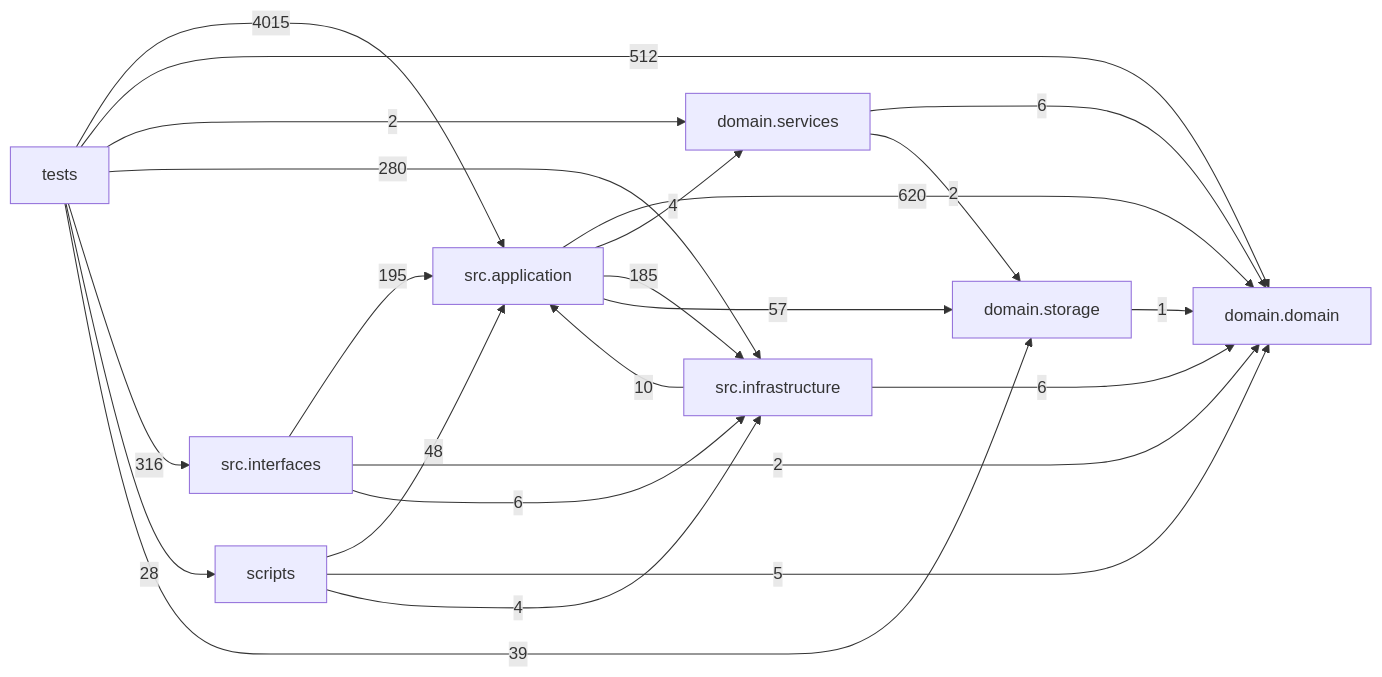
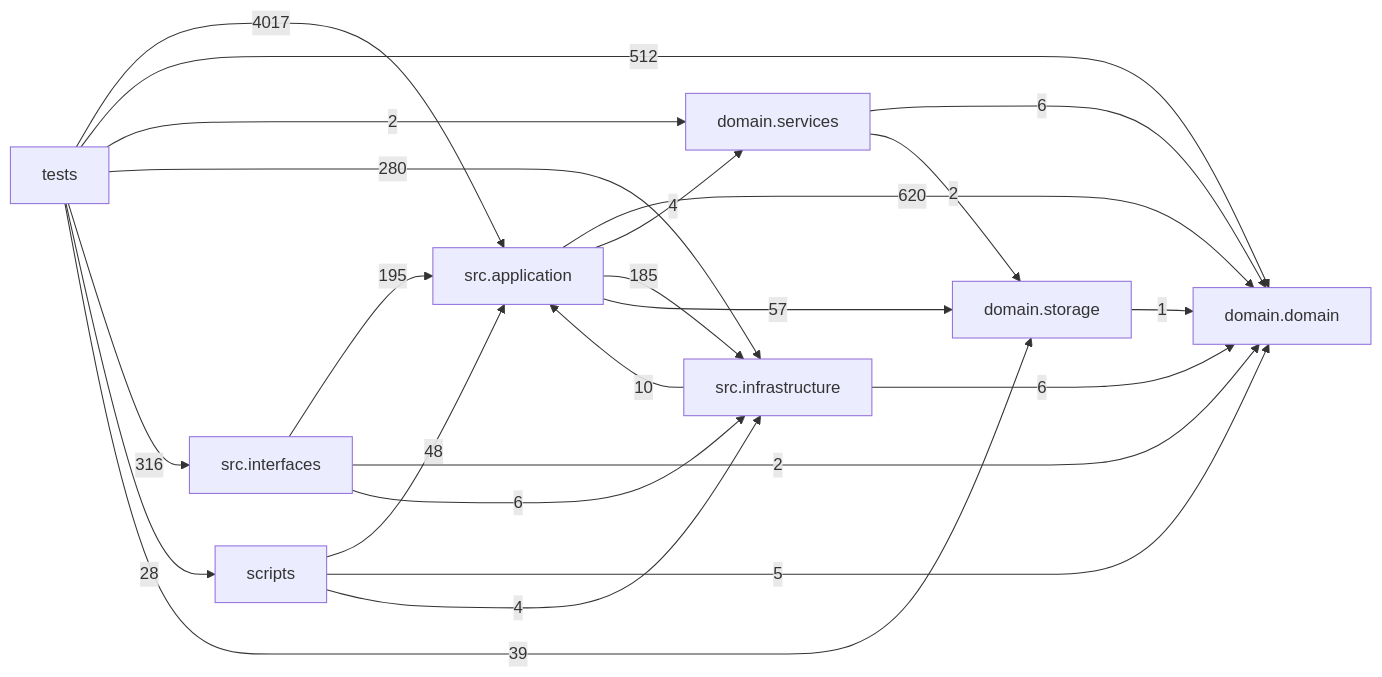
Before and after one commit to liuxie066/options-monitor: the diagram in docs/DEPENDENCY_GRAPH.md, drawn with Mermaid. The commit also changed other lines of this file and 6 other files, not shown here.

````diff
--- a/docs/DEPENDENCY_GRAPH.md
+++ b/docs/DEPENDENCY_GRAPH.md
@@ -24,33 +24,33 @@
 ```mermaid
 flowchart LR
   tests["tests"]
   scripts["scripts"]
   interfaces["src.interfaces"]
   application["src.application"]
   infrastructure["src.infrastructure"]
   domain_services["domain.services"]
   domain["domain.domain"]
   storage["domain.storage"]
   application -->|620| domain
   application -->|4| domain_services
   application -->|185| infrastructure
   application -->|57| storage
   domain_services -->|6| domain
   domain_services -->|2| storage
   infrastructure -->|10| application
   infrastructure -->|6| domain
   interfaces -->|195| application
   interfaces -->|2| domain
   interfaces -->|6| infrastructure
   scripts -->|48| application
   scripts -->|5| domain
   scripts -->|4| infrastructure
   storage -->|1| domain
-  tests -->|4015| application
+  tests -->|4017| application
   tests -->|512| domain
   tests -->|2| domain_services
   tests -->|280| infrastructure
   tests -->|316| interfaces
   tests -->|28| scripts
   tests -->|39| storage
 ```
````
